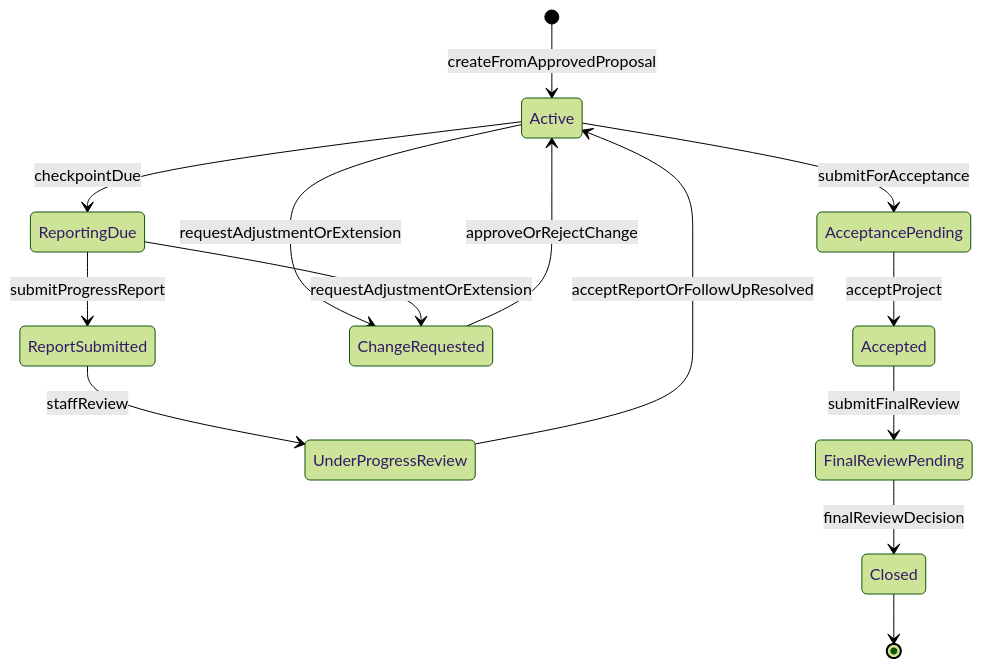
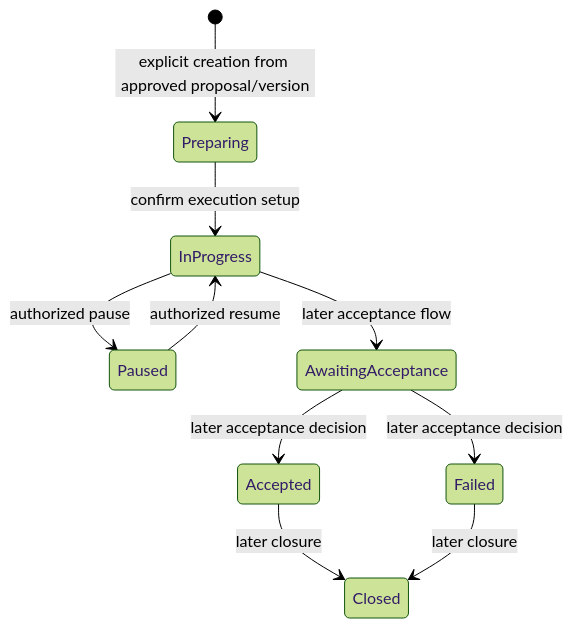
One commit to thanhdotien278/DocManS changed the second of 7 diagrams in _bmad-output/architecture.md. Above: the diagram before and after it, drawn with Mermaid (forest theme). The commit also changed other lines of this file and 38 other files, not shown here.

First line of the commit message:
feat(projects): golden flow 4 project execution

````diff
--- a/_bmad-output/architecture.md
+++ b/_bmad-output/architecture.md
@@ -823,16 +829,12 @@
 ```mermaid
 stateDiagram-v2
-    [*] --> Active: createFromApprovedProposal
-    Active --> ReportingDue: checkpointDue
-    ReportingDue --> ReportSubmitted: submitProgressReport
-    ReportSubmitted --> UnderProgressReview: staffReview
-    UnderProgressReview --> Active: acceptReportOrFollowUpResolved
-    Active --> ChangeRequested: requestAdjustmentOrExtension
-    ReportingDue --> ChangeRequested: requestAdjustmentOrExtension
-    ChangeRequested --> Active: approveOrRejectChange
-    Active --> AcceptancePending: submitForAcceptance
-    AcceptancePending --> Accepted: acceptProject
-    Accepted --> FinalReviewPending: submitFinalReview
-    FinalReviewPending --> Closed: finalReviewDecision
-    Closed --> [*]
+    [*] --> Preparing: explicit creation from approved proposal/version
+    Preparing --> InProgress: confirm execution setup
+    InProgress --> Paused: authorized pause
+    Paused --> InProgress: authorized resume
+    InProgress --> AwaitingAcceptance: later acceptance flow
+    AwaitingAcceptance --> Accepted: later acceptance decision
+    AwaitingAcceptance --> Failed: later acceptance decision
+    Accepted --> Closed: later closure
+    Failed --> Closed: later closure
 ```
````
